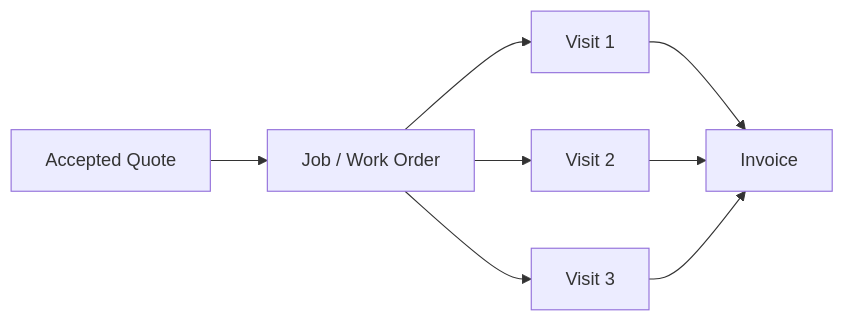
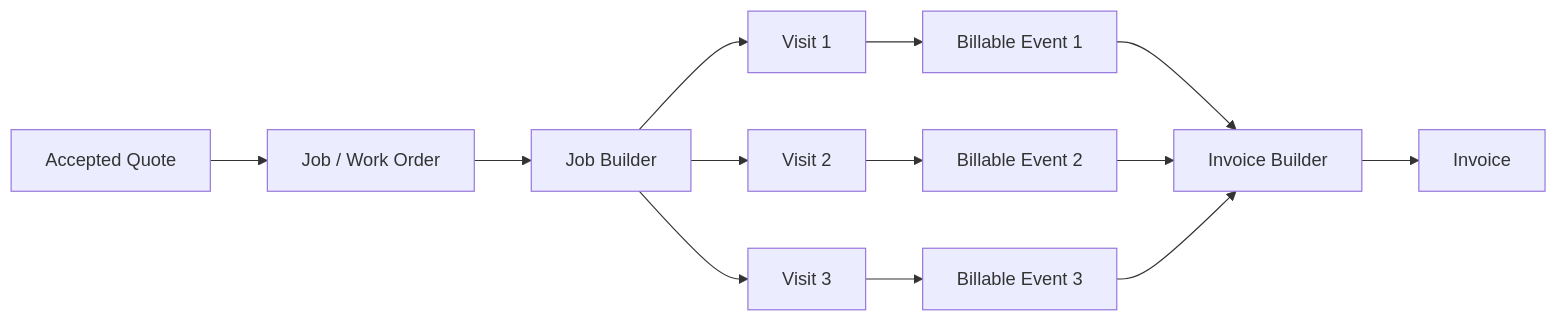
Before and after one commit to swpanda88/pandazen-web-gtp: the fourth of 5 diagrams in docs/presentations/pandazen-system-architecture-deck.md, drawn with Mermaid. The commit also changed other lines of this file and 7 other files, not shown here.

Commit message:
Finalise locked architecture docs after PR 77

````diff
--- a/docs/presentations/pandazen-system-architecture-deck.md
+++ b/docs/presentations/pandazen-system-architecture-deck.md
@@ -206,10 +212,15 @@
 ```mermaid
 flowchart LR
     AQ["Accepted Quote"] --> J["Job / Work Order"]
-    J --> V1["Visit 1"]
-    J --> V2["Visit 2"]
-    J --> V3["Visit 3"]
-    V1 --> I["Invoice"]
-    V2 --> I
-    V3 --> I
+    J --> JB["Job Builder"]
+    JB --> V1["Visit 1"]
+    JB --> V2["Visit 2"]
+    JB --> V3["Visit 3"]
+    V1 --> BE1["Billable Event 1"]
+    V2 --> BE2["Billable Event 2"]
+    V3 --> BE3["Billable Event 3"]
+    BE1 --> IB["Invoice Builder"]
+    BE2 --> IB
+    BE3 --> IB
+    IB --> I["Invoice"]
 ```
````
